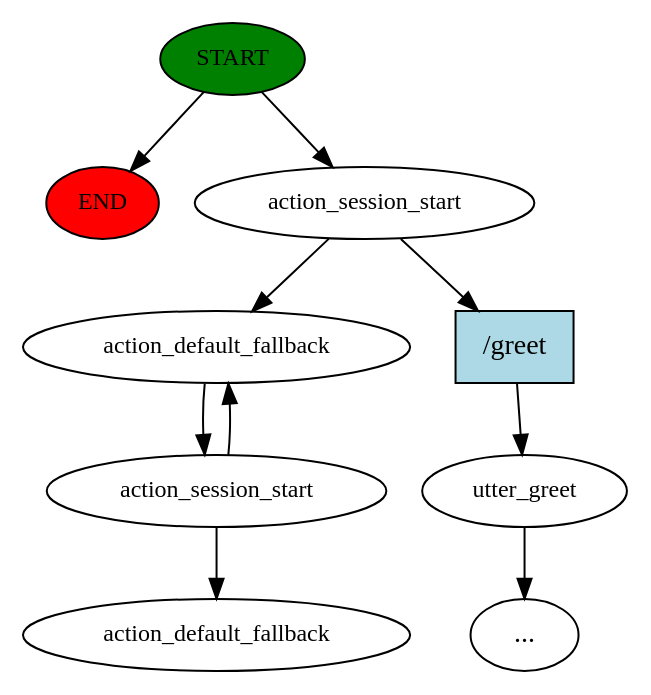
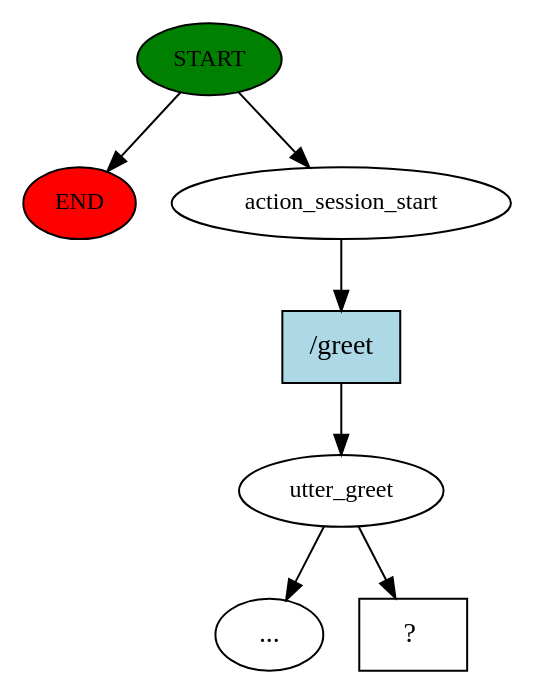
One commit to hkl19/Rasa-Surveybot1 changed the diagram in FYP/story_graph.dot. Above: the diagram before and after it, drawn with Graphviz. The commit also changed 6 other files, not shown here.

```diff
--- a/FYP/story_graph.dot
+++ b/FYP/story_graph.dot
@@ -1,20 +1,15 @@
 digraph  {
 0 [class="start active", fillcolor=green, fontsize=12, label=START, style=filled];
 "-1" [class=end, fillcolor=red, fontsize=12, label=END, style=filled];
 1 [class=active, fontsize=12, label=action_session_start];
-2 [class="", fontsize=12, label=utter_greet];
+2 [class=active, fontsize=12, label=utter_greet];
 "-3" [class=ellipsis, label="..."];
-4 [class=active, fontsize=12, label=action_default_fallback];
-5 [class=active, fontsize=12, label=action_session_start];
-8 [class="dashed active", fontsize=12, label=action_default_fallback];
-9 [class=intent, fillcolor=lightblue, label="/greet", shape=rect, style=filled];
+5 [class="intent dashed active", label="  ?  ", shape=rect];
+6 [class="intent active", fillcolor=lightblue, label="/greet", shape=rect, style=filled];
 0 -> "-1"  [class="", key=NONE, label=""];
 0 -> 1  [class=active, key=NONE, label=""];
-1 -> 4  [class=active, key=NONE, label=""];
-1 -> 9  [class="", key=0];
+1 -> 6  [class=active, key=0];
 2 -> "-3"  [class="", key=NONE, label=""];
-4 -> 5  [class=active, key=NONE, label=""];
-5 -> 4  [class=active, key=NONE, label=""];
-5 -> 8  [class=active, key=NONE, label=""];
-9 -> 2  [class="", key=0];
+2 -> 5  [class=active, key=NONE, label=""];
+6 -> 2  [class=active, key=0];
 }
```
